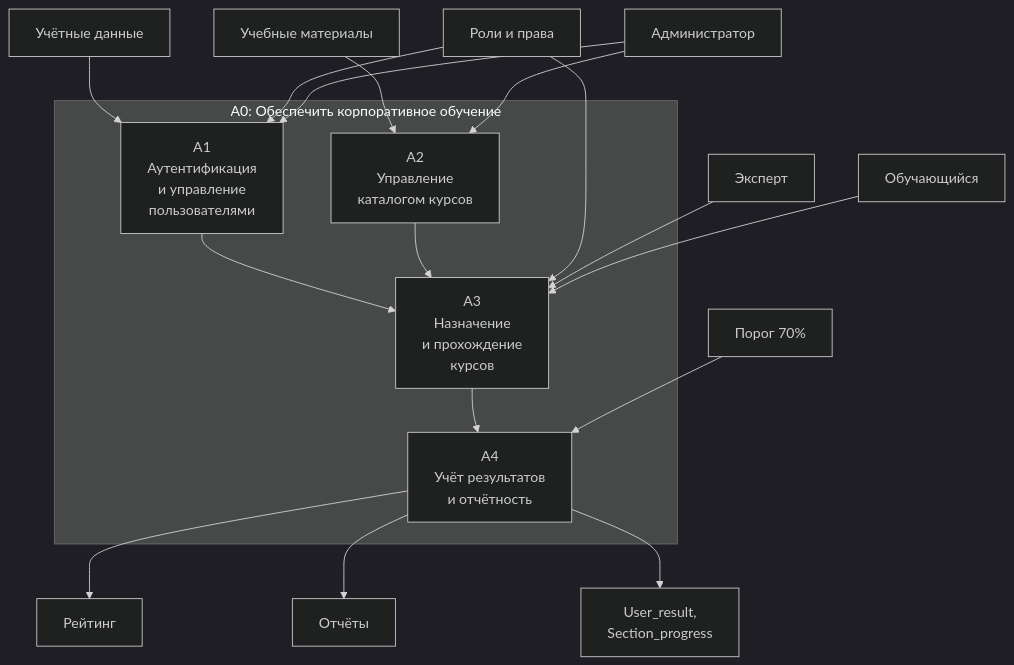
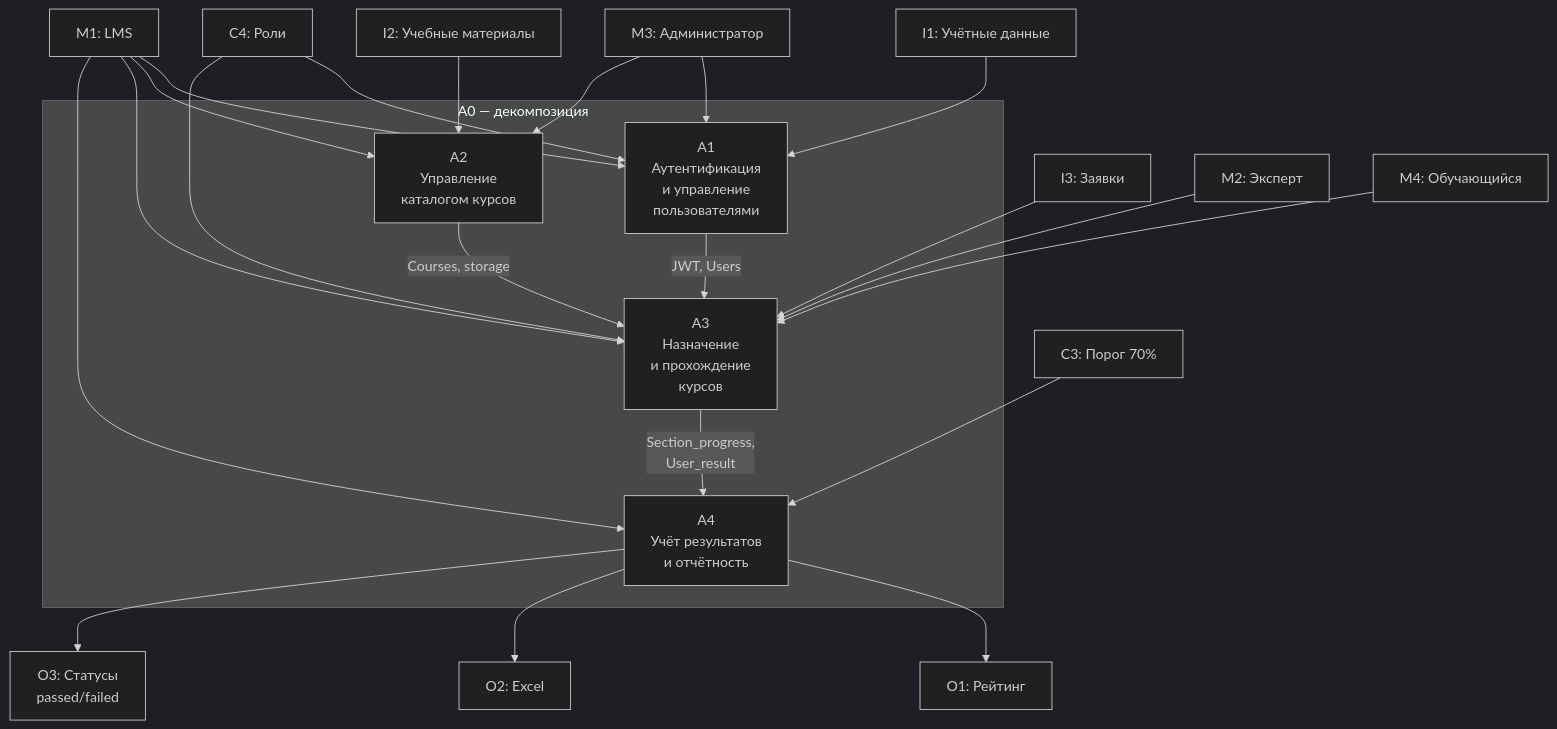
One commit to nouonoo/edu_course changed the second of 3 diagrams in docs/проектная_документация/Приложение_Г_IDEF0.md. Above: the diagram before and after it, drawn with Mermaid (dark theme). The commit also changed other lines of this file and 10 other files, not shown here.

First line of the commit message:
Дополнить проектную документацию UML-диаграммами и описанием реализации

````diff
--- a/docs/проектная_документация/Приложение_Г_IDEF0.md
+++ b/docs/проектная_документация/Приложение_Г_IDEF0.md
@@ -72,26 +89,34 @@
 ```mermaid
 flowchart TB
-    subgraph A0_block["A0: Обеспечить корпоративное обучение"]
+    I1["I1: Учётные данные"] --> A1
+    I2["I2: Учебные материалы"] --> A2
+    I3["I3: Заявки"] --> A3
+
+    subgraph A0_DECOMP["A0 — декомпозиция"]
         A1["A1\nАутентификация\nи управление\nпользователями"]
         A2["A2\nУправление\nкаталогом курсов"]
         A3["A3\nНазначение\nи прохождение\nкурсов"]
         A4["A4\nУчёт результатов\nи отчётность"]
     end
 
-    I1["Учётные данные"] --> A1
-    I2["Учебные материалы"] --> A2
-    A1 --> A3
-    A2 --> A3
-    A3 --> A4
-    A4 --> O1["Рейтинг"]
-    A4 --> O2["Отчёты"]
-    A4 --> O3["User_result,\nSection_progress"]
+    A1 -->|"JWT, Users"| A3
+    A2 -->|"Courses, storage"| A3
+    A3 -->|"Section_progress,\nUser_result"| A4
 
-    C1["Роли и права"] --> A1
-    C1 --> A3
-    C2["Порог 70%"] --> A4
-    M1["Администратор"] --> A1
+    A4 --> O1["O1: Рейтинг"]
+    A4 --> O2["O2: Excel"]
+    A4 --> O3["O3: Статусы\npassed/failed"]
+
+    C4["C4: Роли"] --> A1
+    C4 --> A3
+    C3["C3: Порог 70%"] --> A4
+
+    M3["M3: Администратор"] --> A1
+    M3 --> A2
+    M2["M2: Эксперт"] --> A3
+    M4["M4: Обучающийся"] --> A3
+    M1["M1: LMS"] --> A1
     M1 --> A2
-    M2["Эксперт"] --> A3
-    M3["Обучающийся"] --> A3
+    M1 --> A3
+    M1 --> A4
 ```
````
